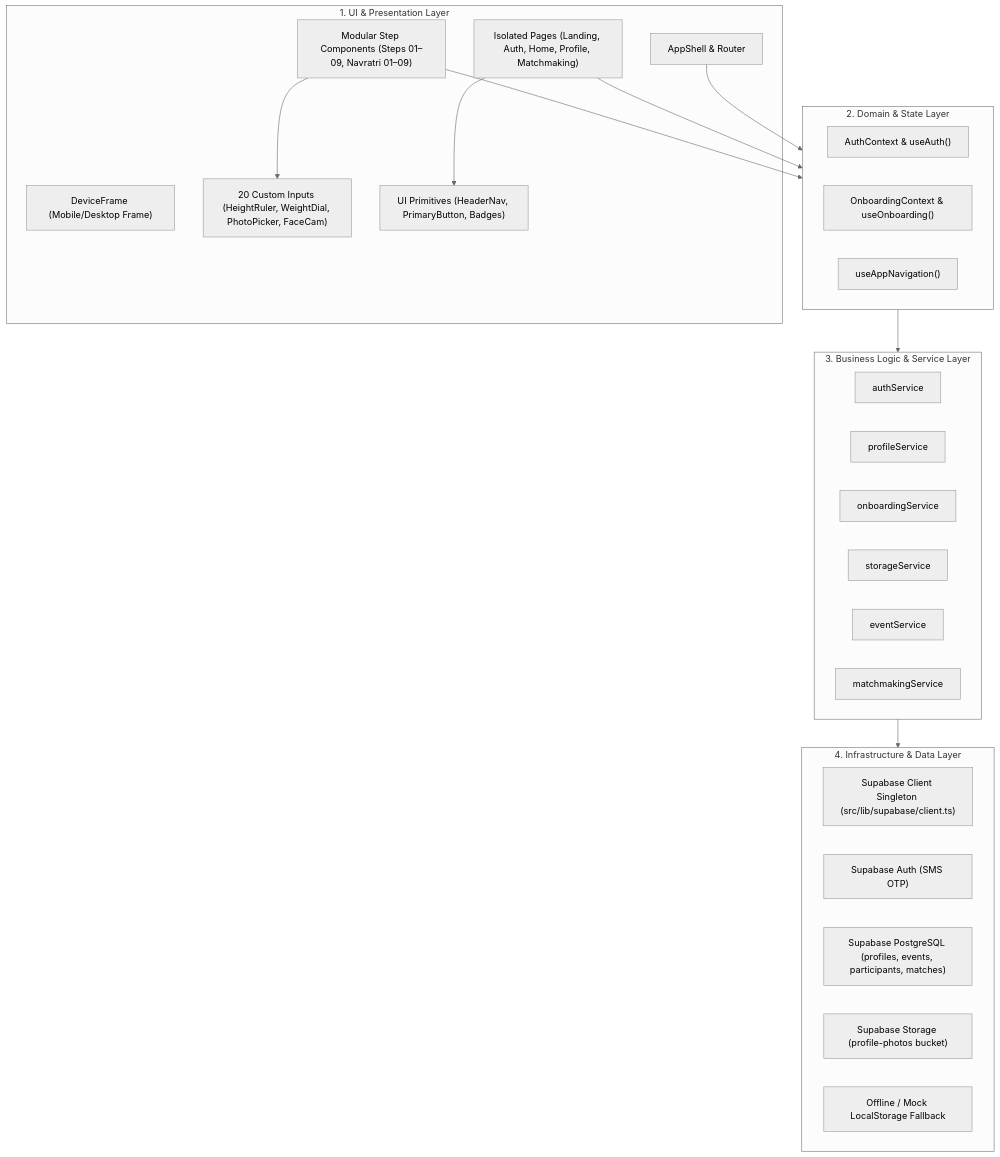
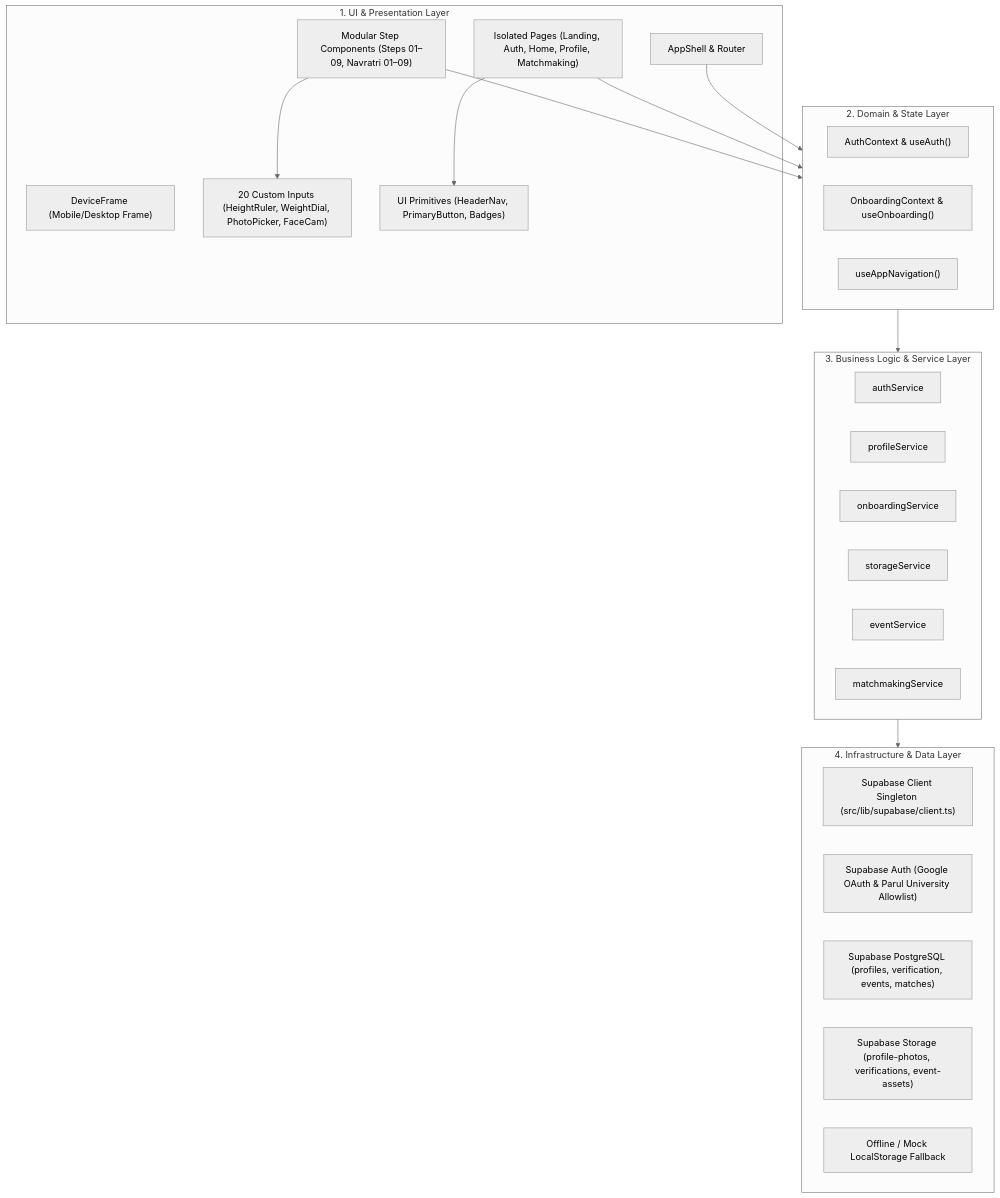
One commit to Hellsguardian/String-X changed the first of 2 diagrams in docs/architecture.md. Above: the diagram before and after it, drawn with Mermaid (neutral theme). The commit also changed other lines of this file and 14 other files, not shown here.

````diff
--- a/docs/architecture.md
+++ b/docs/architecture.md
@@ -7,42 +14,42 @@
 ```mermaid
 flowchart TD
     subgraph UI_Layer ["1. UI & Presentation Layer"]
         App["AppShell & Router"]
         DeviceFrame["DeviceFrame (Mobile/Desktop Frame)"]
         Pages["Isolated Pages (Landing, Auth, Home, Profile, Matchmaking)"]
         Steps["Modular Step Components (Steps 01–09, Navratri 01–09)"]
         Inputs["20 Custom Inputs (HeightRuler, WeightDial, PhotoPicker, FaceCam)"]
         UIPrimitives["UI Primitives (HeaderNav, PrimaryButton, Badges)"]
     end
 
     subgraph State_Layer ["2. Domain & State Layer"]
         AuthContext["AuthContext & useAuth()"]
         OnboardingContext["OnboardingContext & useOnboarding()"]
         AppNav["useAppNavigation()"]
     end
 
     subgraph Service_Layer ["3. Business Logic & Service Layer"]
         AuthService["authService"]
         ProfileService["profileService"]
         OnboardingService["onboardingService"]
         StorageService["storageService"]
         EventService["eventService"]
         MatchmakingService["matchmakingService"]
     end
 
     subgraph Infra_Layer ["4. Infrastructure & Data Layer"]
         SupaClient["Supabase Client Singleton (src/lib/supabase/client.ts)"]
-        SupaAuth["Supabase Auth (SMS OTP)"]
-        PostgreSQL["Supabase PostgreSQL (profiles, events, participants, matches)"]
-        SupaStorage["Supabase Storage (profile-photos bucket)"]
+        SupaAuth["Supabase Auth (Google OAuth & Parul University Allowlist)"]
+        PostgreSQL["Supabase PostgreSQL (profiles, verification, events, matches)"]
+        SupaStorage["Supabase Storage (profile-photos, verifications, event-assets)"]
         LocalFallback["Offline / Mock LocalStorage Fallback"]
     end
 
     App --> State_Layer
     Pages --> State_Layer
     Steps --> State_Layer
     Pages --> UIPrimitives
     Steps --> Inputs
     State_Layer --> Service_Layer
     Service_Layer --> Infra_Layer
 ```
````
